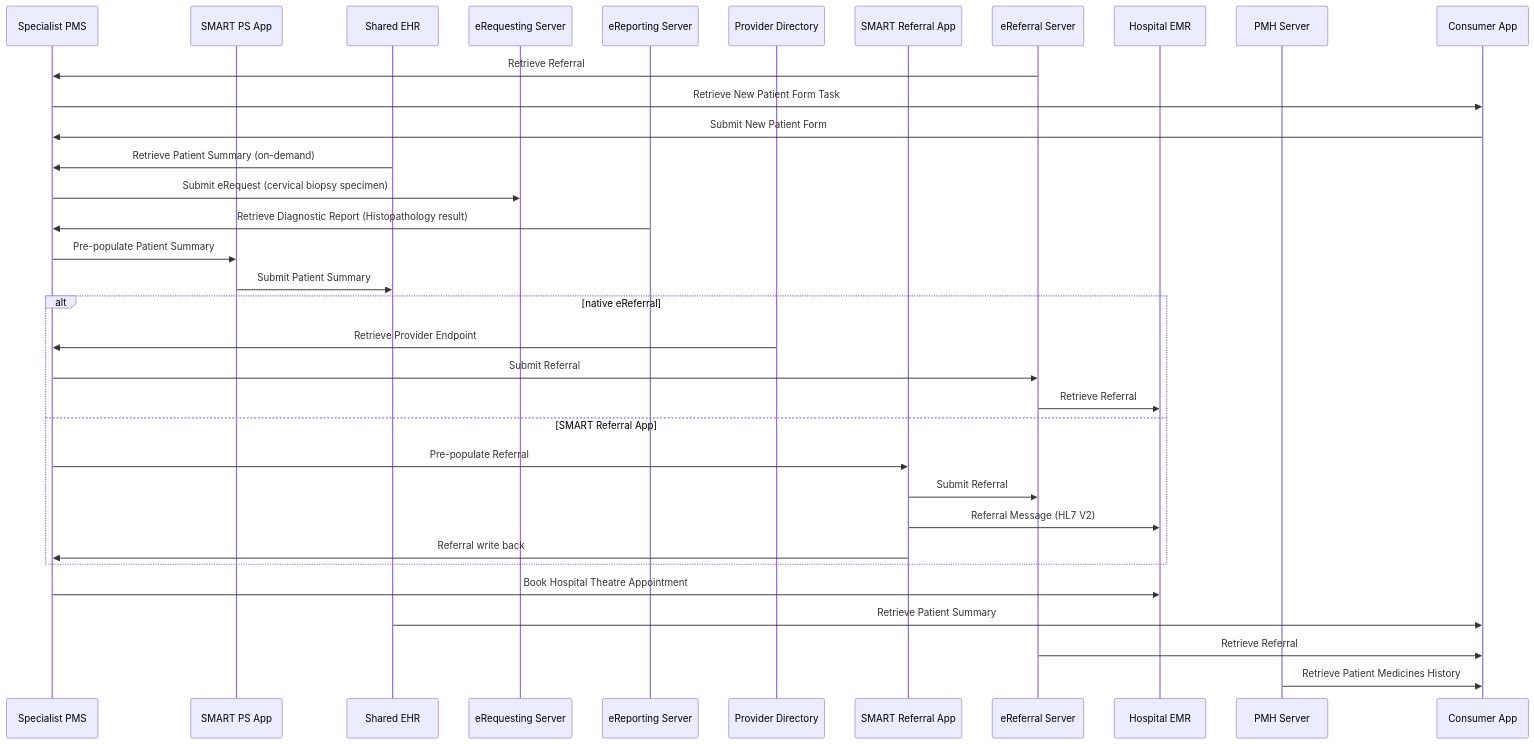
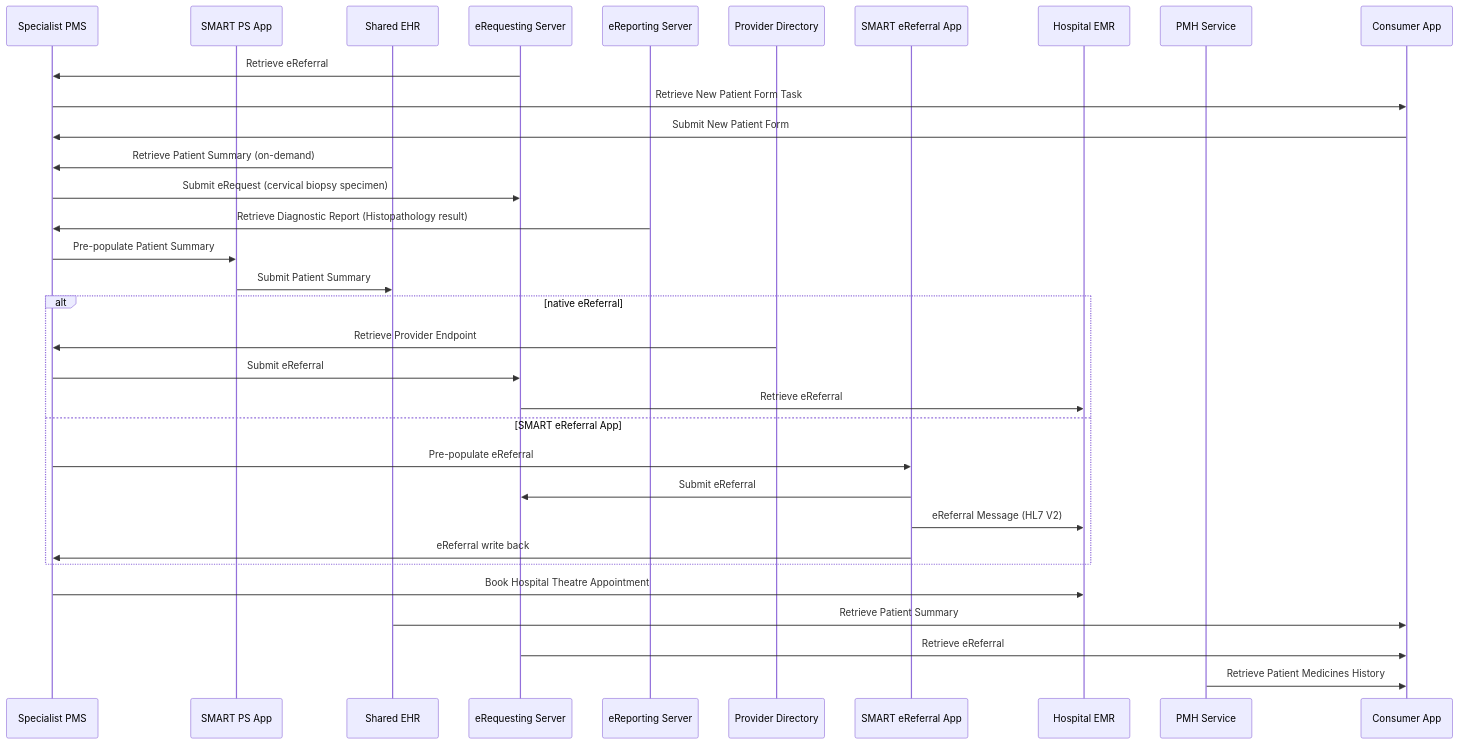
Before and after one commit to hl7au/au-fhir-test-data: the third of 7 diagrams in au-fhir-test-data-set/connected-care/Alex Story Interactions.md, drawn with Mermaid. The commit also changed other lines of this file, not shown here.

Commit message:
Update Alex Story Interactions

````diff
--- a/au-fhir-test-data-set/connected-care/Alex Story Interactions.md
+++ b/au-fhir-test-data-set/connected-care/Alex Story Interactions.md
@@ -58,50 +60,49 @@
 ```mermaid
 sequenceDiagram
     participant PMS as Specialist PMS
     participant PSApp as SMART PS App
     participant SEHR as Shared EHR
 
     participant ReqSvr as eRequesting Server
     participant RptSvr as eReporting Server
 
     participant PD as Provider Directory
-    participant RefApp as SMART Referral App
-    participant RefSvr as eReferral Server
+    participant RefApp as SMART eReferral App
     participant EMR as Hospital EMR
     
 
-    participant PMH as PMH Server
+    participant PMH as PMH Service
     participant PatApp as Consumer App
 
-    RefSvr->>PMS: Retrieve Referral
+    ReqSvr->>PMS: Retrieve eReferral
 
     PMS->>PatApp: Retrieve New Patient Form Task
     PatApp->>PMS: Submit New Patient Form 
 
     SEHR->>PMS: Retrieve Patient Summary (on-demand)
 
     PMS->>ReqSvr: Submit eRequest (cervical biopsy specimen)
 
     RptSvr->>PMS: Retrieve Diagnostic Report (Histopathology result)
 
     PMS->>PSApp: Pre-populate Patient Summary
     PSApp->>SEHR: Submit Patient Summary
 
     alt native eReferral 
       PD->>PMS: Retrieve Provider Endpoint
-      PMS->>RefSvr: Submit Referral
-      RefSvr->>EMR: Retrieve Referral
-    else SMART Referral App 
-      PMS->>RefApp: Pre-populate Referral
-      RefApp->>RefSvr: Submit Referral
-      RefApp->>EMR: Referral Message (HL7 V2)
-      RefApp->>PMS: Referral write back
+      PMS->>ReqSvr: Submit eReferral
+      ReqSvr->>EMR: Retrieve eReferral
+    else SMART eReferral App 
+      PMS->>RefApp: Pre-populate eReferral
+      RefApp->>ReqSvr: Submit eReferral
+      RefApp->>EMR: eReferral Message (HL7 V2)
+      RefApp->>PMS: eReferral write back
     end
 
     PMS->>EMR: Book Hospital Theatre Appointment
 
     SEHR->>PatApp: Retrieve Patient Summary
-    RefSvr->>PatApp: Retrieve Referral
+    ReqSvr->>PatApp: Retrieve eReferral
     PMH->>PatApp: Retrieve Patient Medicines History
     
 ```
````
